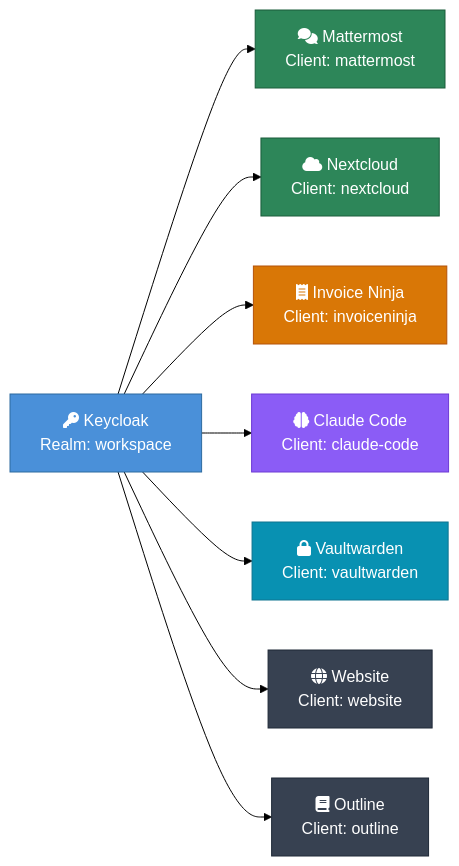
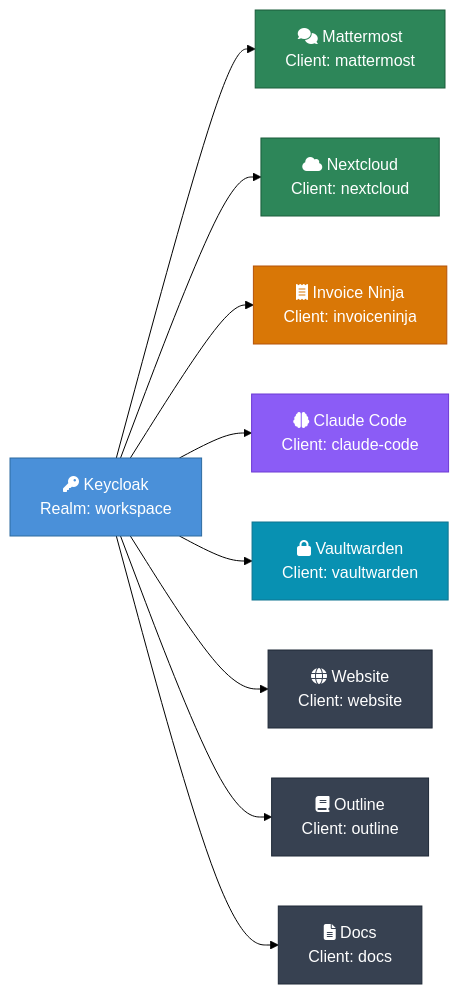
The first of 2 diagrams in k3d/docs-content/keycloak.md (Paddione/Bachelorprojekt), drawn with Mermaid (forest theme) before and after one commit. The commit also changed other lines of this file and 3 other files, not shown here.

````diff
--- a/k3d/docs-content/keycloak.md
+++ b/k3d/docs-content/keycloak.md
@@ -26,28 +30,29 @@
 ```mermaid
 graph LR
     KC["fa:fa-key Keycloak<br/>Realm: workspace"]
 
     MM["fa:fa-comments Mattermost<br/>Client: mattermost"]
     NC["fa:fa-cloud Nextcloud<br/>Client: nextcloud"]
     IN["fa:fa-receipt Invoice Ninja<br/>Client: invoiceninja"]
     OC["fa:fa-brain Claude Code<br/>Client: claude-code"]
     VW["fa:fa-lock Vaultwarden<br/>Client: vaultwarden"]
     WEB["fa:fa-globe Website<br/>Client: website"]
     OL["fa:fa-book Outline<br/>Client: outline"]
+    DOC["fa:fa-file-lines Docs<br/>Client: docs"]
 
-    KC --> MM & NC & IN & OC & VW & WEB & OL
+    KC --> MM & NC & IN & OC & VW & WEB & OL & DOC
 
     classDef kc fill:#4a90d9,color:#fff,stroke:#2d6a9f
     classDef collab fill:#2d8659,color:#fff,stroke:#1a5c3a
     classDef ai fill:#8b5cf6,color:#fff,stroke:#6d3ad4
     classDef billing fill:#d97706,color:#fff,stroke:#b45309
     classDef tools fill:#0891b2,color:#fff,stroke:#0e7490
     classDef infra fill:#374151,color:#fff,stroke:#1f2937
 
     class KC kc
     class MM,NC collab
     class IN billing
     class OC ai
     class VW tools
-    class WEB,OL infra
+    class WEB,OL,DOC infra
 ```
````
